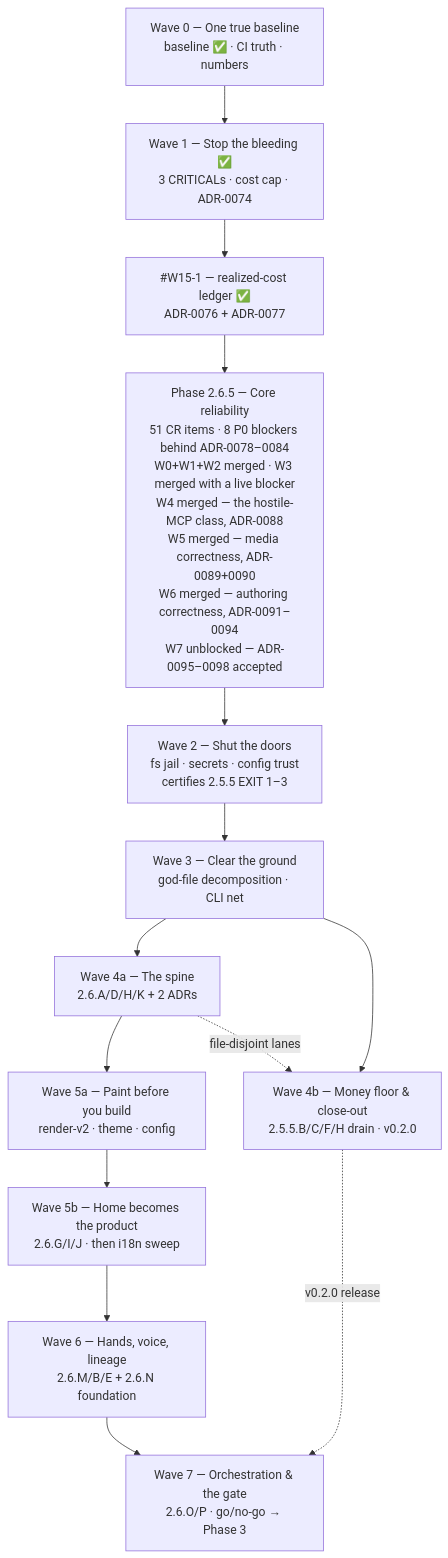
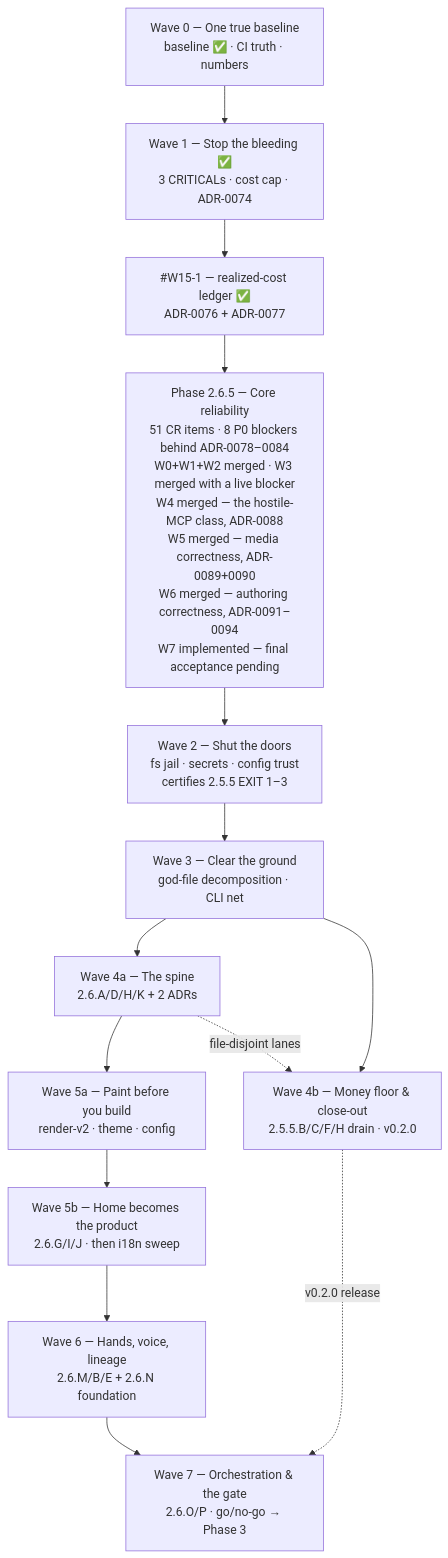
The diagram in docs/roadmap/current.md (HodeTech/Relavium), drawn with Mermaid before and after one commit. The commit also changed other lines of this file and 25 other files, not shown here.

````diff
--- a/docs/roadmap/current.md
+++ b/docs/roadmap/current.md
@@ -411,19 +416,19 @@
 ```mermaid
 flowchart TD
     W0["Wave 0 — One true baseline<br/>baseline ✅ · CI truth · numbers"]
     W1["Wave 1 — Stop the bleeding ✅<br/>3 CRITICALs · cost cap · ADR-0074"]
     LEDGER["#W15-1 — realized-cost ledger ✅<br/>ADR-0076 + ADR-0077"]
-    P265["Phase 2.6.5 — Core reliability<br/>51 CR items · 8 P0 blockers behind ADR-0078–0084<br/>W0+W1+W2 merged · W3 merged with a live blocker<br/>W4 merged — the hostile-MCP class, ADR-0088<br/>W5 merged — media correctness, ADR-0089+0090<br/>W6 merged — authoring correctness, ADR-0091–0094<br/>W7 unblocked — ADR-0095–0098 accepted"]
+    P265["Phase 2.6.5 — Core reliability<br/>51 CR items · 8 P0 blockers behind ADR-0078–0084<br/>W0+W1+W2 merged · W3 merged with a live blocker<br/>W4 merged — the hostile-MCP class, ADR-0088<br/>W5 merged — media correctness, ADR-0089+0090<br/>W6 merged — authoring correctness, ADR-0091–0094<br/>W7 implemented — final acceptance pending"]
     W2["Wave 2 — Shut the doors<br/>fs jail · secrets · config trust<br/>certifies 2.5.5 EXIT 1–3"]
     W3["Wave 3 — Clear the ground<br/>god-file decomposition · CLI net"]
     W4a["Wave 4a — The spine<br/>2.6.A/D/H/K + 2 ADRs"]
     W4b["Wave 4b — Money floor & close-out<br/>2.5.5.B/C/F/H drain · v0.2.0"]
     W5a["Wave 5a — Paint before you build<br/>render-v2 · theme · config"]
     W5b["Wave 5b — Home becomes the product<br/>2.6.G/I/J · then i18n sweep"]
     W6["Wave 6 — Hands, voice, lineage<br/>2.6.M/B/E + 2.6.N foundation"]
     W7["Wave 7 — Orchestration & the gate<br/>2.6.O/P · go/no-go → Phase 3"]
     W0 --> W1 --> LEDGER --> P265 --> W2 --> W3 --> W4a --> W5a --> W5b --> W6 --> W7
     W3 --> W4b
     W4b -.->|v0.2.0 release| W7
     W4a -.->|file-disjoint lanes| W4b
 ```
````
